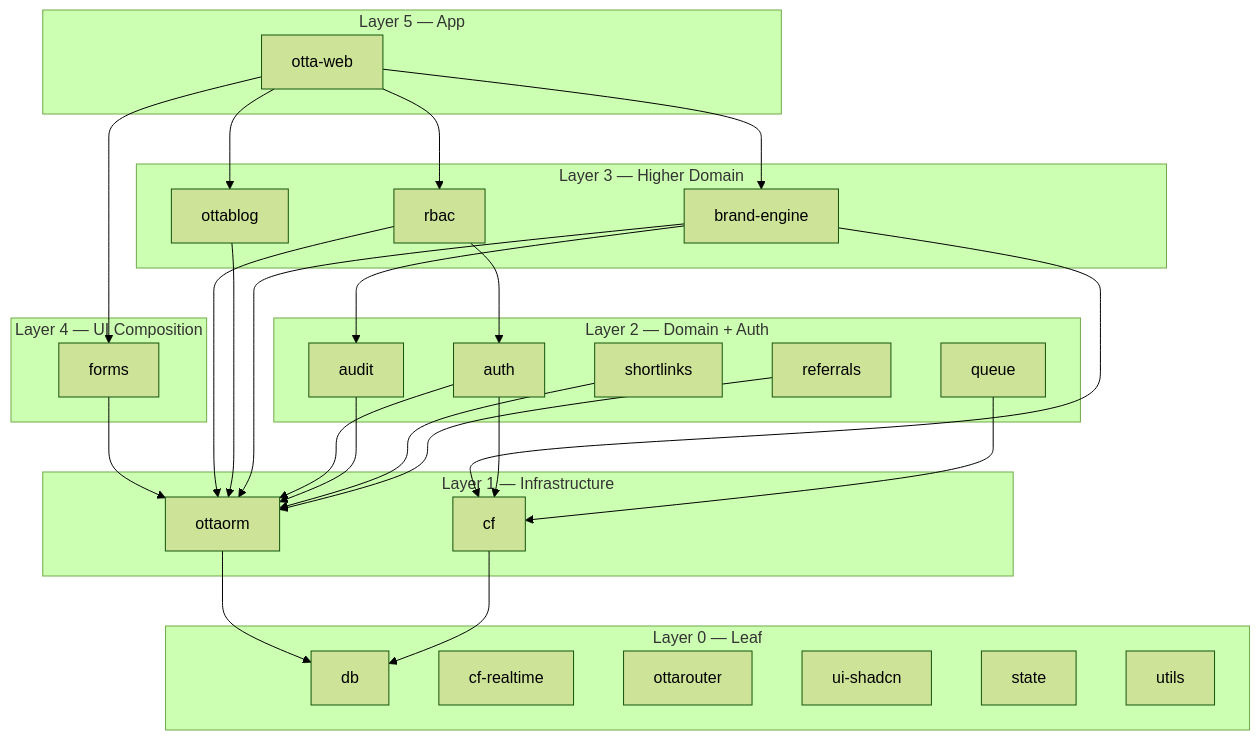
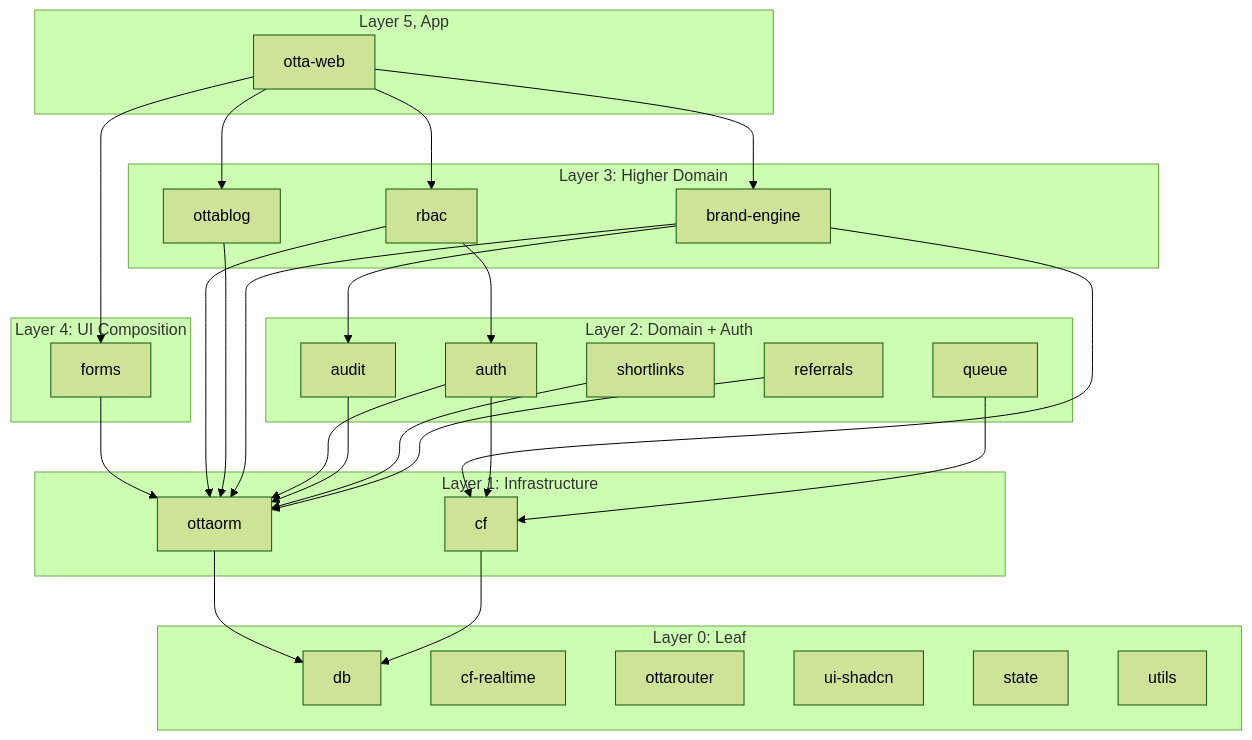
Before and after one commit to thinkdj/ottabase: the second of 13 diagrams in ARCHITECTURE.md, drawn with Mermaid (forest theme). The commit also changed other lines of this file and 778 other files, not shown here.

````diff
--- a/ARCHITECTURE.md
+++ b/ARCHITECTURE.md
@@ -55,51 +55,51 @@
 ```mermaid
 flowchart TD
-    subgraph L5 [Layer 5 — App]
+    subgraph L5 [Layer 5, App]
         App["otta-web"]
     end
 
-    subgraph L4 [Layer 4 — UI Composition]
+    subgraph L4 [Layer 4: UI Composition]
         forms
     end
 
-    subgraph L3 [Layer 3 — Higher Domain]
+    subgraph L3 [Layer 3: Higher Domain]
         rbac
         ottablog
         brandEngine["brand-engine"]
     end
 
-    subgraph L2 [Layer 2 — Domain + Auth]
+    subgraph L2 [Layer 2: Domain + Auth]
         auth
         queue
         audit
         shortlinks
         referrals
     end
 
-    subgraph L1 [Layer 1 — Infrastructure]
+    subgraph L1 [Layer 1: Infrastructure]
         cf
         ottaorm
     end
 
-    subgraph L0 [Layer 0 — Leaf]
+    subgraph L0 [Layer 0: Leaf]
         db
         cfRealtime["cf-realtime"]
         ottarouter
         uiShadcn["ui-shadcn"]
         state
         utils
     end
 
     App --> forms & rbac & ottablog & brandEngine
     forms --> ottaorm
     rbac --> ottaorm & auth
     ottablog --> ottaorm
     brandEngine --> ottaorm & cf & audit
     auth --> cf & ottaorm
     queue --> cf
     audit --> ottaorm
     shortlinks --> ottaorm
     referrals --> ottaorm
     ottaorm --> db
     cf --> db
 ```
````
